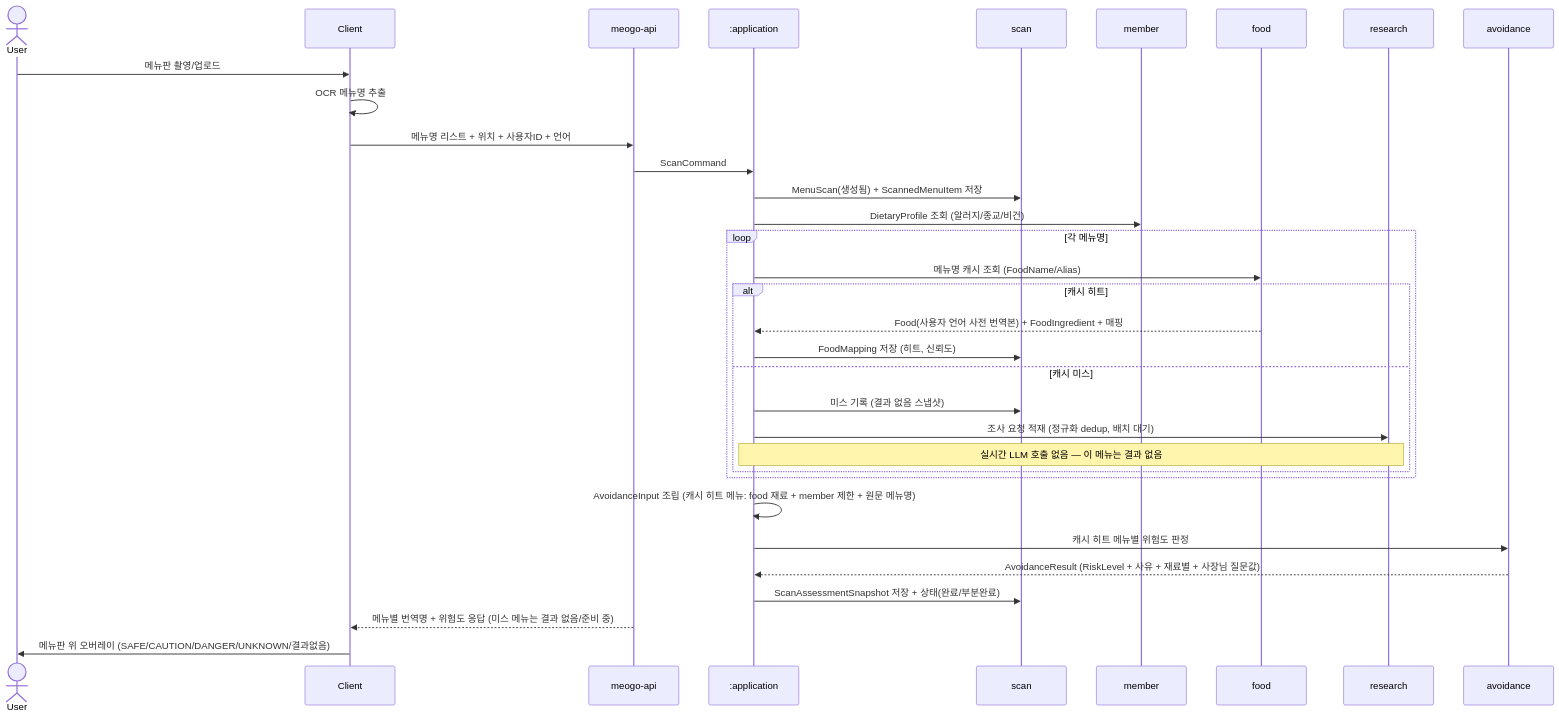
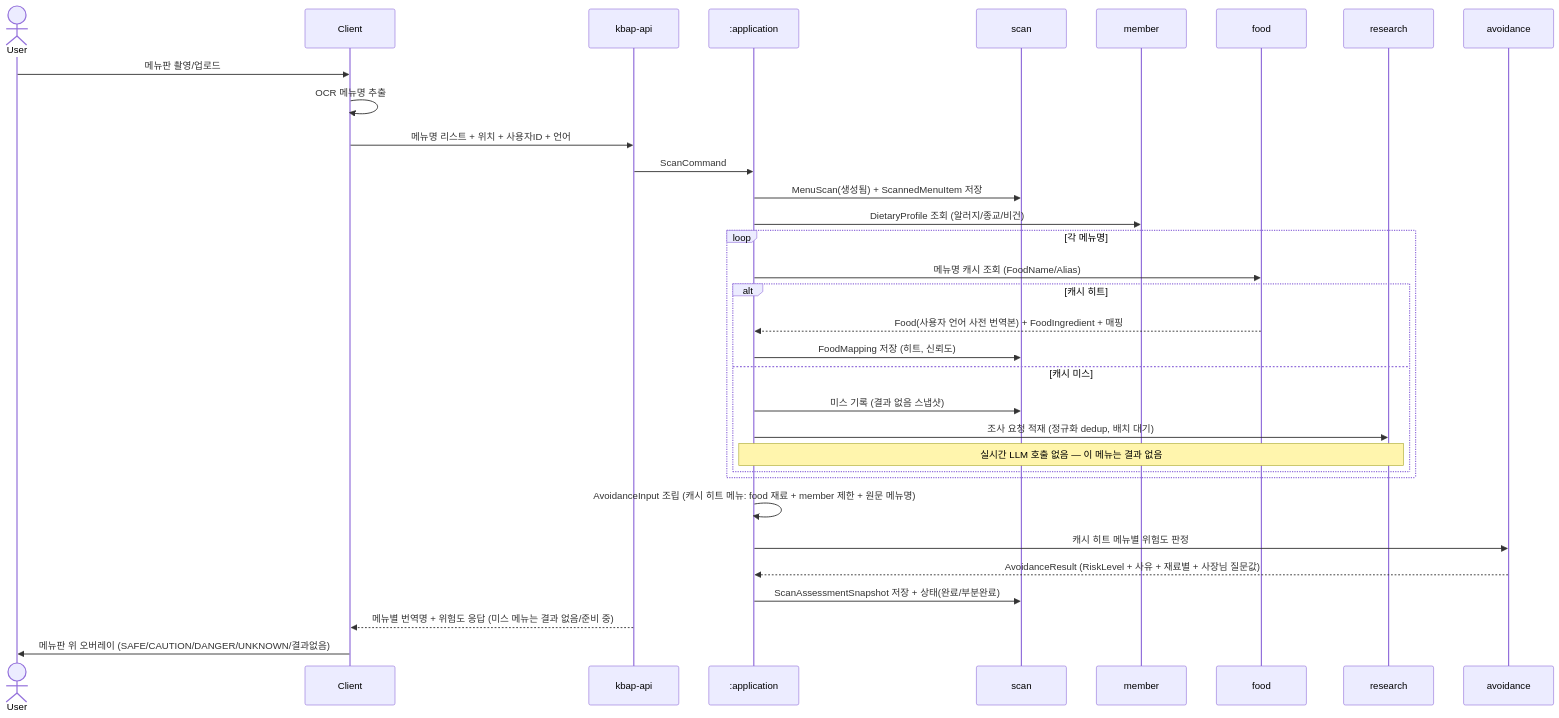
The first of 7 diagrams in docs/architecture/use-case-flows.md (team-skyjs/kbap-server), drawn with Mermaid before and after one commit. The commit also changed other lines of this file and 570 other files, not shown here.

First line of the commit message:
refactor(project): 프로젝트명 meogo → kbap 전면 리네임

````diff
--- a/docs/architecture/use-case-flows.md
+++ b/docs/architecture/use-case-flows.md
@@ -23,39 +23,39 @@
 ```mermaid
 sequenceDiagram
     actor User
     participant Client
-    participant API as meogo-api
+    participant API as kbap-api
     participant App as :application
     participant Scan as scan
     participant Member as member
     participant Food as food
     participant Research as research
     participant Assess as avoidance
 
     User->>Client: 메뉴판 촬영/업로드
     Client->>Client: OCR 메뉴명 추출
     Client->>API: 메뉴명 리스트 + 위치 + 사용자ID + 언어
     API->>App: ScanCommand
 
     App->>Scan: MenuScan(생성됨) + ScannedMenuItem 저장
     App->>Member: DietaryProfile 조회 (알러지/종교/비건)
 
     loop 각 메뉴명
         App->>Food: 메뉴명 캐시 조회 (FoodName/Alias)
         alt 캐시 히트
             Food-->>App: Food(사용자 언어 사전 번역본) + FoodIngredient + 매핑
             App->>Scan: FoodMapping 저장 (히트, 신뢰도)
         else 캐시 미스
             App->>Scan: 미스 기록 (결과 없음 스냅샷)
             App->>Research: 조사 요청 적재 (정규화 dedup, 배치 대기)
             Note over App,Research: 실시간 LLM 호출 없음 — 이 메뉴는 결과 없음
         end
     end
 
     App->>App: AvoidanceInput 조립 (캐시 히트 메뉴: food 재료 + member 제한 + 원문 메뉴명)
     App->>Assess: 캐시 히트 메뉴별 위험도 판정
     Assess-->>App: AvoidanceResult (RiskLevel + 사유 + 재료별 + 사장님 질문값)
     App->>Scan: ScanAssessmentSnapshot 저장 + 상태(완료/부분완료)
     API-->>Client: 메뉴별 번역명 + 위험도 응답 (미스 메뉴는 결과 없음/준비 중)
     Client->>User: 메뉴판 위 오버레이 (SAFE/CAUTION/DANGER/UNKNOWN/결과없음)
 ```
````
